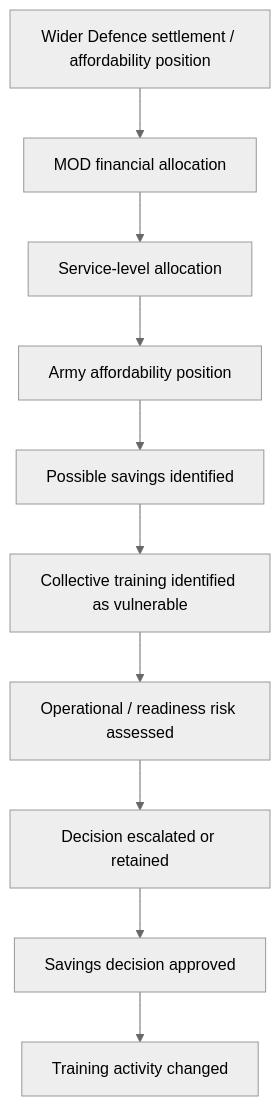
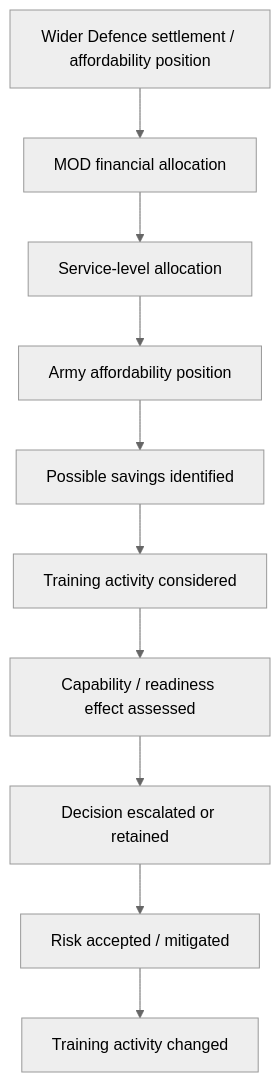
Before and after one commit to josefsbreakfast/Polaris-Protocol: the first of 4 diagrams in 🌓_3_In_The_Moment/📲_Press_Matters/🌊_Playing_Defence/🪖_Training_Debrief/🔬_tests_and_investigations.md, drawn with Mermaid (neutral theme). The commit also changed other lines of this file, not shown here.

````diff
--- a/🌓_3_In_The_Moment/📲_Press_Matters/🌊_Playing_Defence/🪖_Training_Debrief/🔬_tests_and_investigations.md
+++ b/🌓_3_In_The_Moment/📲_Press_Matters/🌊_Playing_Defence/🪖_Training_Debrief/🔬_tests_and_investigations.md
@@ -119,12 +135,12 @@
 ```mermaid
 flowchart TD
     A["Wider Defence settlement / affordability position"] --> B["MOD financial allocation"]
     B --> C["Service-level allocation"]
     C --> D["Army affordability position"]
     D --> E["Possible savings identified"]
-    E --> F["Collective training identified as vulnerable"]
-    F --> G["Operational / readiness risk assessed"]
+    E --> F["Training activity considered"]
+    F --> G["Capability / readiness effect assessed"]
     G --> H["Decision escalated or retained"]
-    H --> I["Savings decision approved"]
+    H --> I["Risk accepted / mitigated"]
     I --> J["Training activity changed"]
 ```
````
